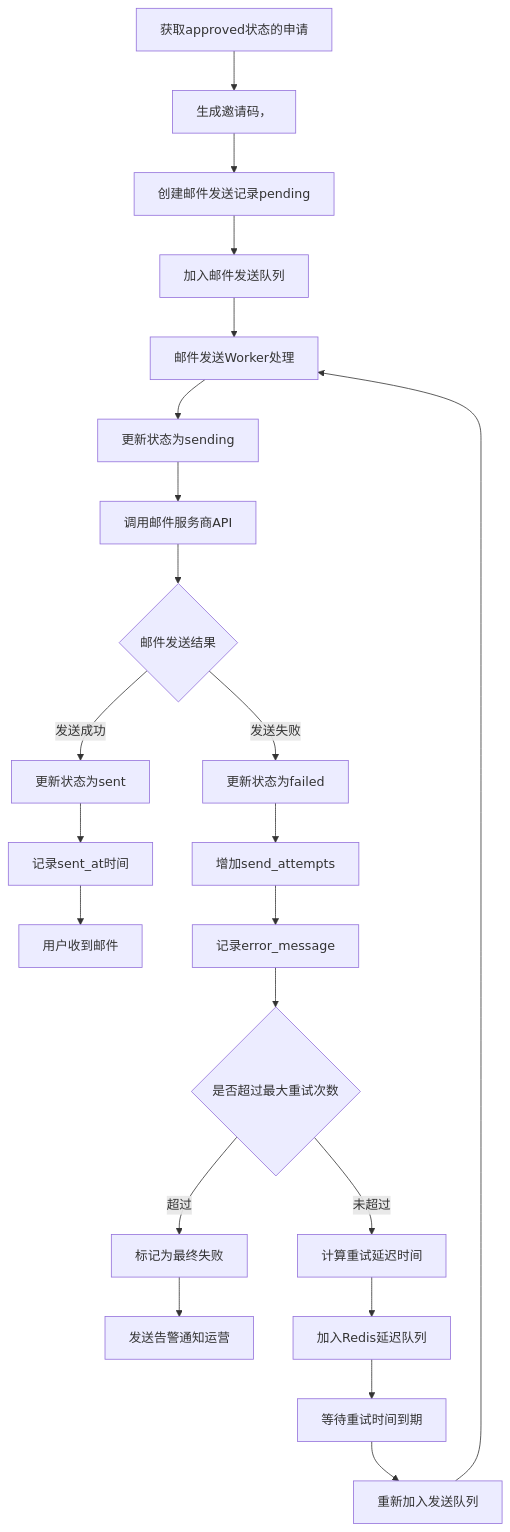
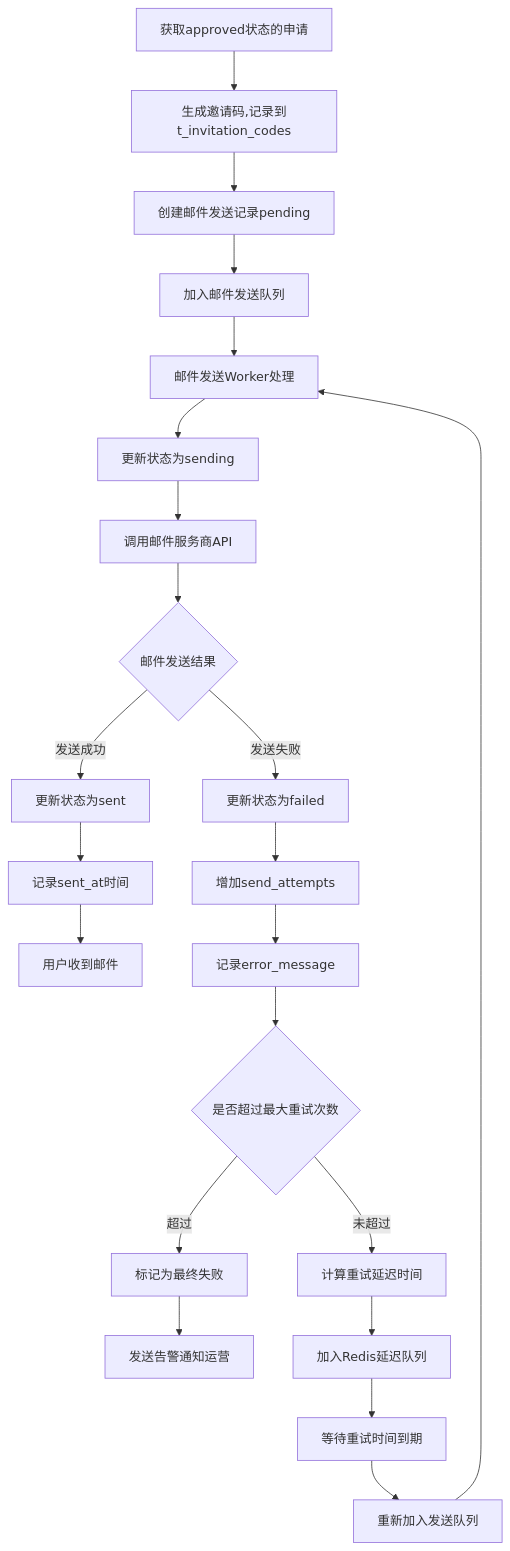
One commit to yingjianzh/iodraw-files changed the diagram in all/未命名-73.md. Above: the diagram before and after it, drawn with Mermaid.

Commit message:
2025-07-07 09:55:08 update

````diff
--- a/all/未命名-73.md
+++ b/all/未命名-73.md
@@ -1,29 +1,29 @@
 ```mermaid
 
 flowchart TD
-    A[获取approved状态的申请] --> B[生成邀请码，]
+    A[获取approved状态的申请] --> B[生成邀请码,记录到t_invitation_codes]
     B --> C[创建邮件发送记录pending]
     C --> D[加入邮件发送队列]
     
     D --> E[邮件发送Worker处理]
     E --> F[更新状态为sending]
     F --> G[调用邮件服务商API]
     G --> H{邮件发送结果}
     
     H -->|发送成功| I[更新状态为sent]
     I --> J[记录sent_at时间]
     J --> K[用户收到邮件]
     
     H -->|发送失败| L[更新状态为failed]
     L --> M[增加send_attempts]
     M --> N[记录error_message]
     N --> O{是否超过最大重试次数}
     O -->|超过| P[标记为最终失败]
     P --> Q[发送告警通知运营]
     O -->|未超过| R[计算重试延迟时间]
     R --> S[加入Redis延迟队列]
     S --> T[等待重试时间到期]
     T --> U[重新加入发送队列]
     U --> E
 
 ```
````
